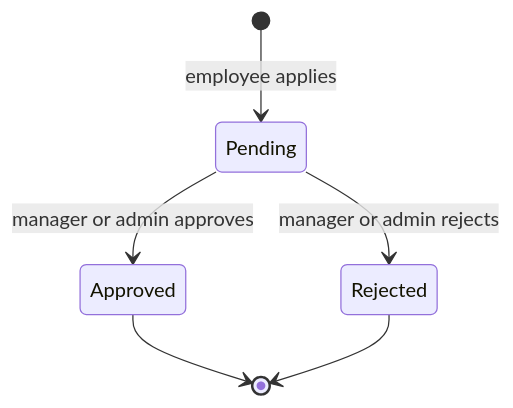
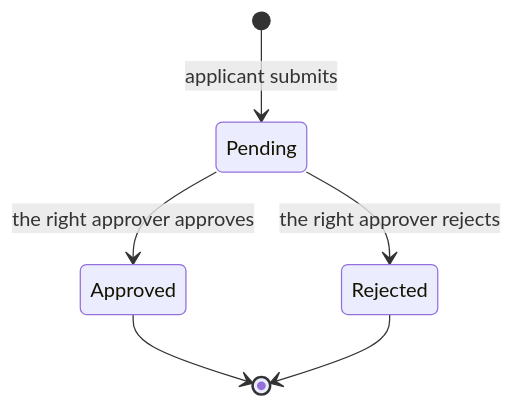
Before and after one commit to Pavan-agrawal985/Smart-Leave-Management-System: the fourth of 4 diagrams in README.md, drawn with Mermaid. The commit also changed other lines of this file, not shown here.

````diff
--- a/README.md
+++ b/README.md
@@ -189,8 +217,8 @@
 ```mermaid
 stateDiagram-v2
-    [*] --> Pending: employee applies
-    Pending --> Approved: manager or admin approves
-    Pending --> Rejected: manager or admin rejects
+    [*] --> Pending: applicant submits
+    Pending --> Approved: the right approver approves
+    Pending --> Rejected: the right approver rejects
     Approved --> [*]
     Rejected --> [*]
 ```
````
